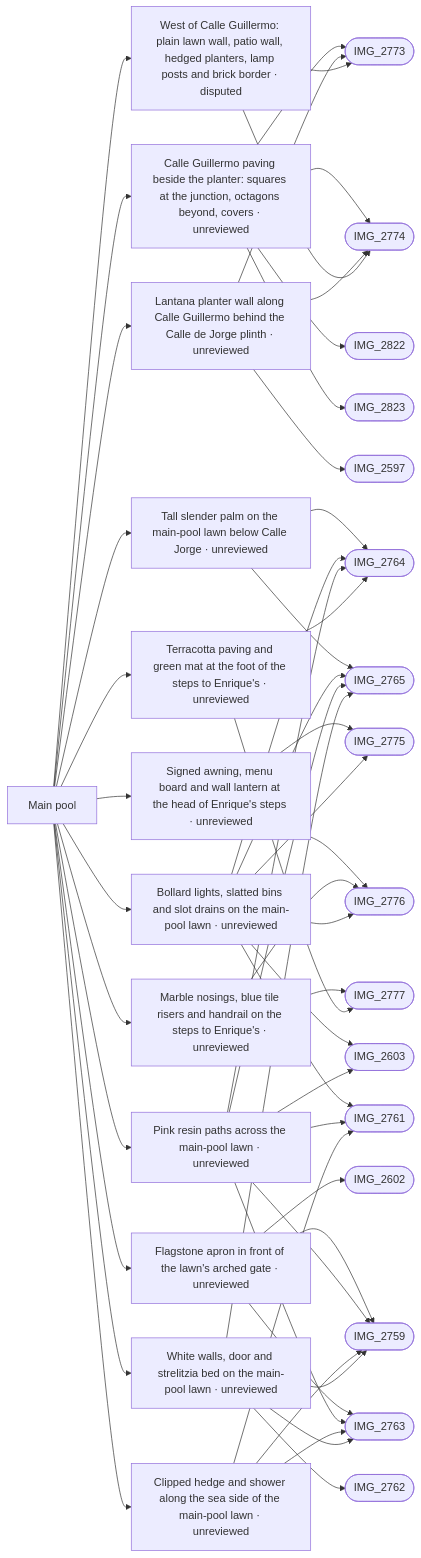
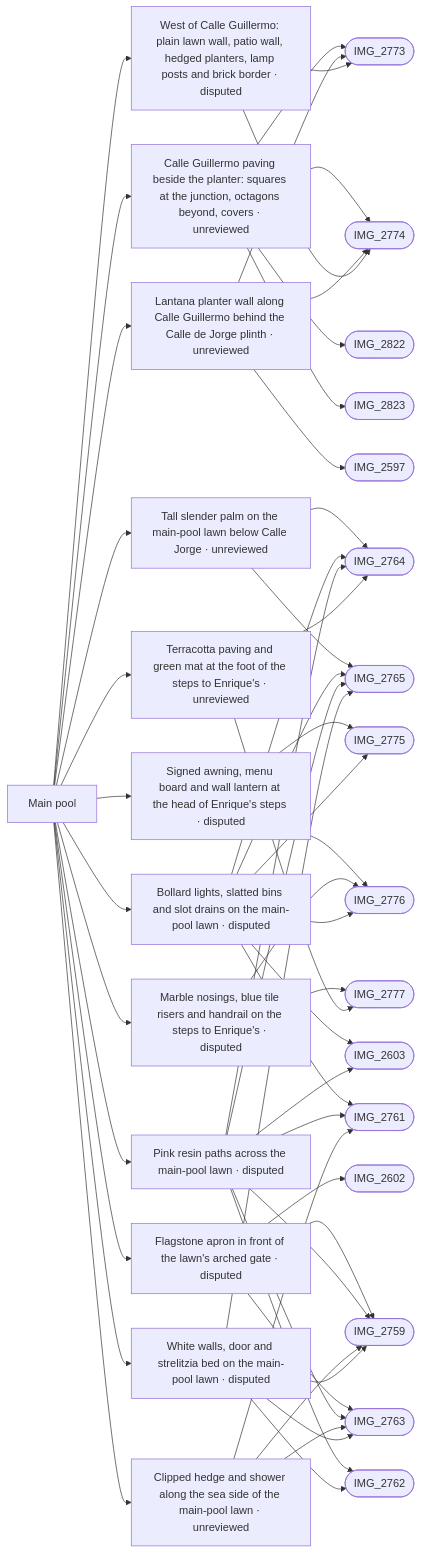
Before and after one commit to daveyboyc/villacana-venture: the diagram in refs/areas/main-pool.md, drawn with Mermaid. The commit also changed other lines of this file and 45 other files, not shown here.

First line of the commit message:
Main-pool lawn checked through the photo cameras: path fork, fittings sides, plain kiosk, cobalt risers, loungers off the paseo

````diff
--- a/refs/areas/main-pool.md
+++ b/refs/areas/main-pool.md
@@ -50,55 +52,56 @@
 ```mermaid
 graph LR
   A["Main pool"]
   A --> F0["Calle Guillermo paving beside the planter: squares at the junction, octagons beyond, covers · unreviewed"]
   F0 --> PIMG_2773_jpg(["IMG_2773"])
   F0 --> PIMG_2774_jpg(["IMG_2774"])
   F0 --> PIMG_2822_jpg(["IMG_2822"])
   F0 --> PIMG_2823_jpg(["IMG_2823"])
   A --> F1["Lantana planter wall along Calle Guillermo behind the Calle de Jorge plinth · unreviewed"]
   F1 --> PIMG_2597_jpg(["IMG_2597"])
   F1 --> PIMG_2773_jpg(["IMG_2773"])
   F1 --> PIMG_2774_jpg(["IMG_2774"])
   A --> F2["West of Calle Guillermo: plain lawn wall, patio wall, hedged planters, lamp posts and brick border · disputed"]
   F2 --> PIMG_2773_jpg(["IMG_2773"])
   F2 --> PIMG_2774_jpg(["IMG_2774"])
   A --> F3["Tall slender palm on the main-pool lawn below Calle Jorge · unreviewed"]
   F3 --> PIMG_2764_jpg(["IMG_2764"])
   F3 --> PIMG_2765_jpg(["IMG_2765"])
-  A --> F4["Signed awning, menu board and wall lantern at the head of Enrique's steps · unreviewed"]
+  A --> F4["Signed awning, menu board and wall lantern at the head of Enrique's steps · disputed"]
   F4 --> PIMG_2775_jpg(["IMG_2775"])
   F4 --> PIMG_2776_jpg(["IMG_2776"])
-  A --> F5["Marble nosings, blue tile risers and handrail on the steps to Enrique's · unreviewed"]
+  A --> F5["Marble nosings, blue tile risers and handrail on the steps to Enrique's · disputed"]
   F5 --> PIMG_2776_jpg(["IMG_2776"])
   F5 --> PIMG_2777_jpg(["IMG_2777"])
-  A --> F6["Bollard lights, slatted bins and slot drains on the main-pool lawn · unreviewed"]
+  A --> F6["Bollard lights, slatted bins and slot drains on the main-pool lawn · disputed"]
   F6 --> PIMG_2603_jpg(["IMG_2603"])
   F6 --> PIMG_2761_jpg(["IMG_2761"])
   F6 --> PIMG_2764_jpg(["IMG_2764"])
   F6 --> PIMG_2765_jpg(["IMG_2765"])
   F6 --> PIMG_2775_jpg(["IMG_2775"])
   F6 --> PIMG_2776_jpg(["IMG_2776"])
-  A --> F7["Flagstone apron in front of the lawn's arched gate · unreviewed"]
+  A --> F7["Flagstone apron in front of the lawn's arched gate · disputed"]
   F7 --> PIMG_2602_jpg(["IMG_2602"])
   F7 --> PIMG_2759_jpg(["IMG_2759"])
   F7 --> PIMG_2763_jpg(["IMG_2763"])
-  A --> F8["Pink resin paths across the main-pool lawn · unreviewed"]
+  A --> F8["Pink resin paths across the main-pool lawn · disputed"]
   F8 --> PIMG_2603_jpg(["IMG_2603"])
   F8 --> PIMG_2759_jpg(["IMG_2759"])
   F8 --> PIMG_2761_jpg(["IMG_2761"])
+  F8 --> PIMG_2762_jpg(["IMG_2762"])
   F8 --> PIMG_2763_jpg(["IMG_2763"])
   F8 --> PIMG_2764_jpg(["IMG_2764"])
   F8 --> PIMG_2765_jpg(["IMG_2765"])
   A --> F9["Clipped hedge and shower along the sea side of the main-pool lawn · unreviewed"]
   F9 --> PIMG_2759_jpg(["IMG_2759"])
   F9 --> PIMG_2761_jpg(["IMG_2761"])
   F9 --> PIMG_2763_jpg(["IMG_2763"])
-  A --> F10["White walls, door and strelitzia bed on the main-pool lawn · unreviewed"]
+  A --> F10["White walls, door and strelitzia bed on the main-pool lawn · disputed"]
   F10 --> PIMG_2759_jpg(["IMG_2759"])
   F10 --> PIMG_2762_jpg(["IMG_2762"])
   F10 --> PIMG_2763_jpg(["IMG_2763"])
   F10 --> PIMG_2765_jpg(["IMG_2765"])
   A --> F11["Terracotta paving and green mat at the foot of the steps to Enrique's · unreviewed"]
   F11 --> PIMG_2764_jpg(["IMG_2764"])
   F11 --> PIMG_2777_jpg(["IMG_2777"])
 ```
````
